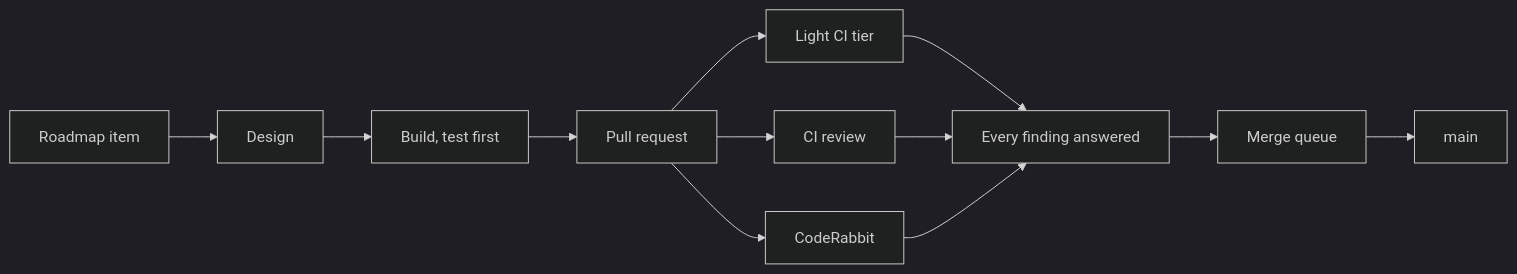
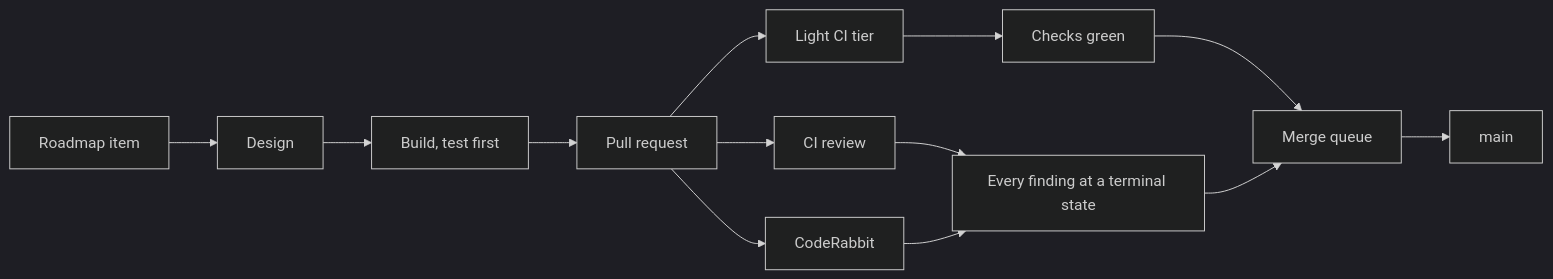
Before and after one commit to pixtuoid/pixtuoid: the diagram in docs/HOW-WE-BUILD.md, drawn with Mermaid (dark theme). The commit also changed other lines of this file, not shown here.

First line of the commit message:
docs: How we build points to every rule it names instead of restating one

````diff
--- a/docs/HOW-WE-BUILD.md
+++ b/docs/HOW-WE-BUILD.md
@@ -35,13 +35,11 @@
 ```mermaid
 flowchart LR
   accTitle: A change's path to main
-  accDescr: A change moves from a Roadmap item through design, a test-first build and a pull request; the light CI tier, the CI review and CodeRabbit check it, every finding is answered in its thread, and the merge queue lands the change on main.
+  accDescr: A change moves from a Roadmap item through design, a test-first build and a pull request; the light CI tier must pass, every CI review and CodeRabbit finding reaches a terminal state in its thread, and the merge queue lands the change on main.
   P[Roadmap item] --> D[Design] --> B[Build, test first] --> PR[Pull request]
-  PR --> C[Light CI tier]
-  PR --> R[CI review]
-  PR --> CR[CodeRabbit]
-  C --> T[Every finding answered]
-  R --> T
-  CR --> T
-  T --> Q[Merge queue] --> M[main]
+  PR --> C[Light CI tier] --> G[Checks green]
+  PR --> R[CI review] --> T[Every finding at a terminal state]
+  PR --> CR[CodeRabbit] --> T
+  G --> Q[Merge queue]
+  T --> Q --> M[main]
 ```
````
